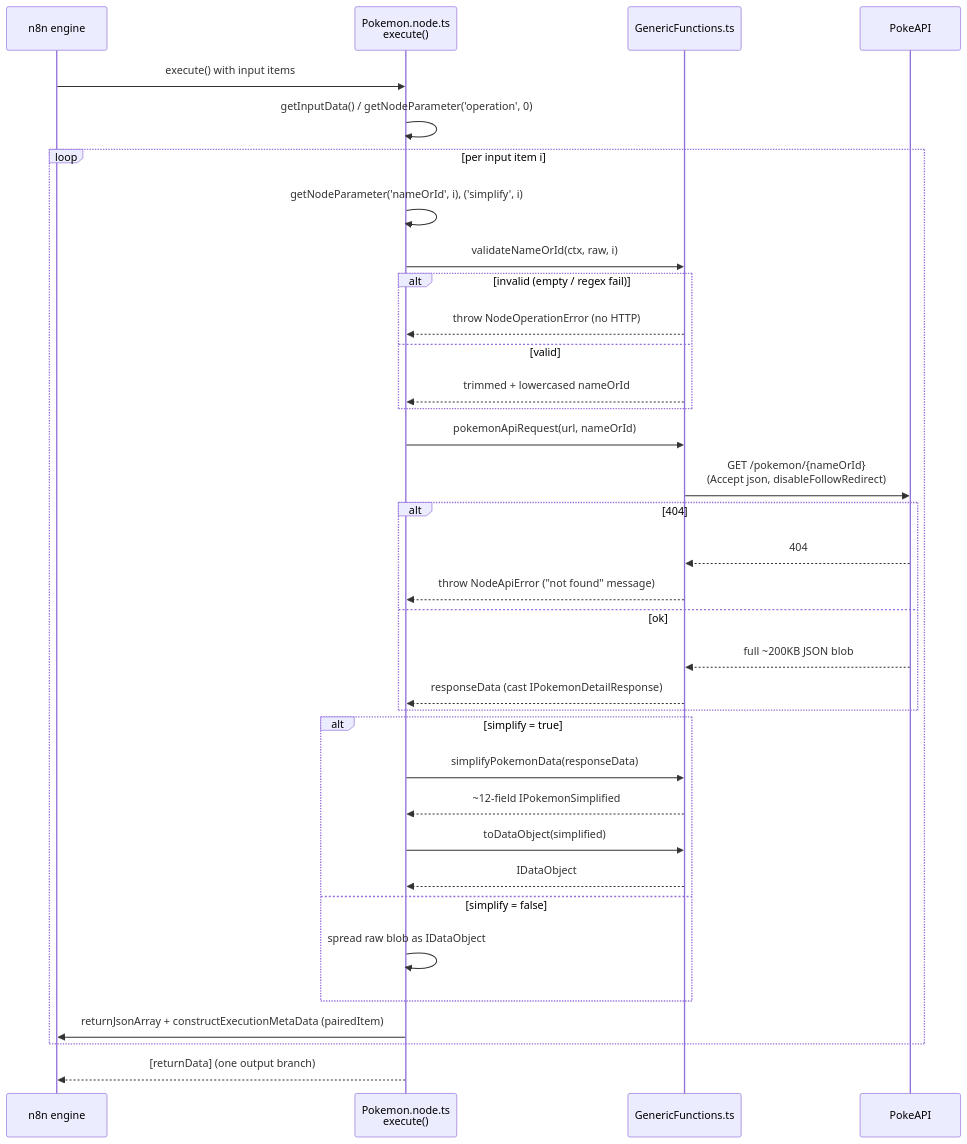
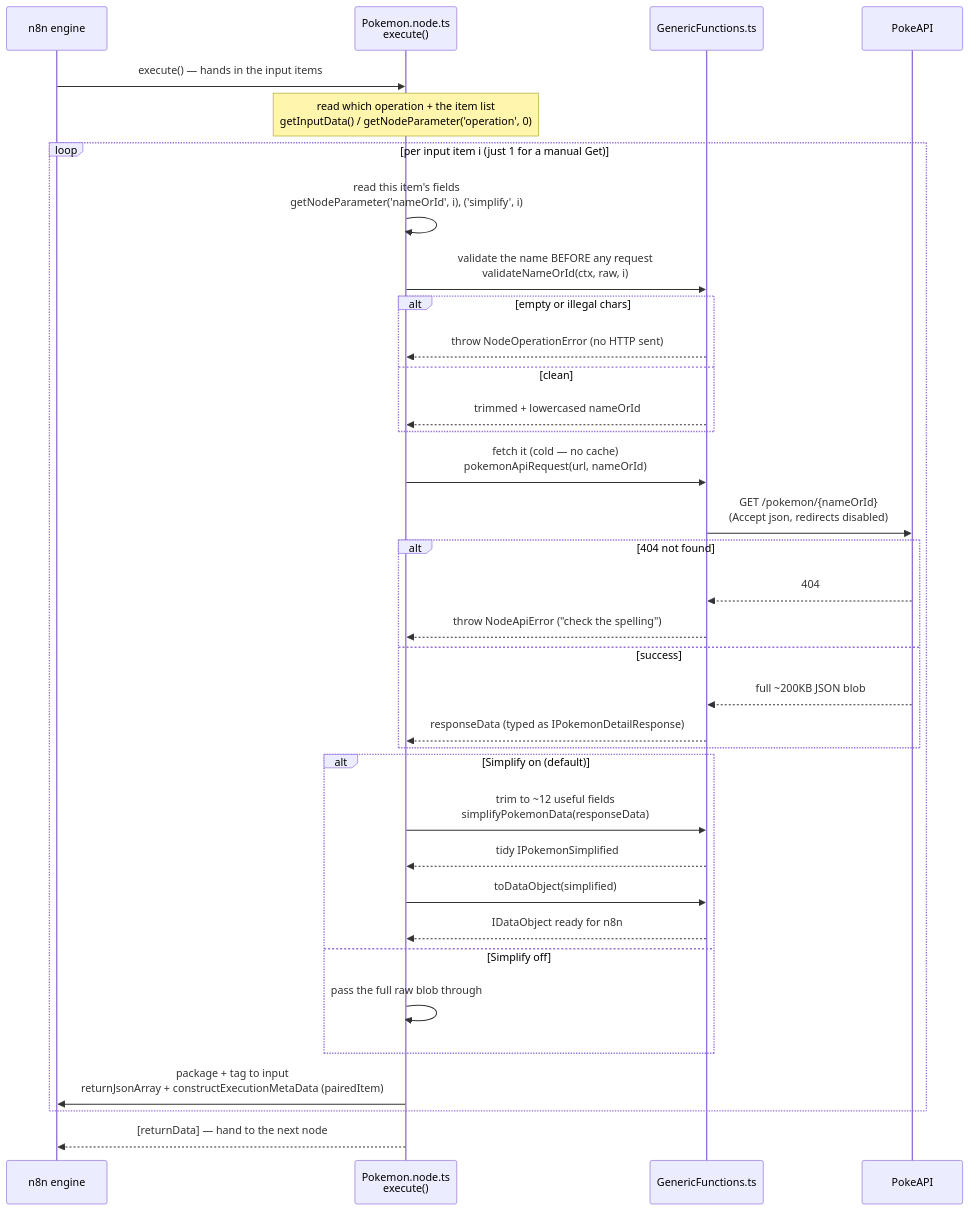
One commit to colabug/n8n changed the seventh of 8 diagrams in docs/CODING-DEBRIEF.md. Above: the diagram before and after it, drawn with Mermaid. The commit also changed other lines of this file, not shown here.

First line of the commit message:
docs: make Get diagrams human-readable, fix the "looping" framing, flag no-cache

````diff
--- a/docs/CODING-DEBRIEF.md
+++ b/docs/CODING-DEBRIEF.md
@@ -269,38 +297,38 @@
 ```mermaid
 sequenceDiagram
     participant n8n as n8n engine
     participant Node as Pokemon.node.ts<br/>execute()
     participant GF as GenericFunctions.ts
     participant API as PokeAPI
 
-    n8n->>Node: execute() with input items
-    Node->>Node: getInputData() / getNodeParameter('operation', 0)
-    loop per input item i
-        Node->>Node: getNodeParameter('nameOrId', i), ('simplify', i)
-        Node->>GF: validateNameOrId(ctx, raw, i)
-        alt invalid (empty / regex fail)
-            GF-->>Node: throw NodeOperationError (no HTTP)
-        else valid
+    n8n->>Node: execute() — hands in the input items
+    Note over Node: read which operation + the item list<br/>getInputData() / getNodeParameter('operation', 0)
+    loop per input item i (just 1 for a manual Get)
+        Node->>Node: read this item's fields<br/>getNodeParameter('nameOrId', i), ('simplify', i)
+        Node->>GF: validate the name BEFORE any request<br/>validateNameOrId(ctx, raw, i)
+        alt empty or illegal chars
+            GF-->>Node: throw NodeOperationError (no HTTP sent)
+        else clean
             GF-->>Node: trimmed + lowercased nameOrId
         end
-        Node->>GF: pokemonApiRequest(url, nameOrId)
-        GF->>API: GET /pokemon/{nameOrId}<br/>(Accept json, disableFollowRedirect)
-        alt 404
+        Node->>GF: fetch it (cold — no cache)<br/>pokemonApiRequest(url, nameOrId)
+        GF->>API: GET /pokemon/{nameOrId}<br/>(Accept json, redirects disabled)
+        alt 404 not found
             API-->>GF: 404
-            GF-->>Node: throw NodeApiError ("not found" message)
-        else ok
+            GF-->>Node: throw NodeApiError ("check the spelling")
+        else success
             API-->>GF: full ~200KB JSON blob
-            GF-->>Node: responseData (cast IPokemonDetailResponse)
+            GF-->>Node: responseData (typed as IPokemonDetailResponse)
         end
-        alt simplify = true
-            Node->>GF: simplifyPokemonData(responseData)
-            GF-->>Node: ~12-field IPokemonSimplified
+        alt Simplify on (default)
+            Node->>GF: trim to ~12 useful fields<br/>simplifyPokemonData(responseData)
+            GF-->>Node: tidy IPokemonSimplified
             Node->>GF: toDataObject(simplified)
-            GF-->>Node: IDataObject
-        else simplify = false
-            Node->>Node: spread raw blob as IDataObject
+            GF-->>Node: IDataObject ready for n8n
+        else Simplify off
+            Node->>Node: pass the full raw blob through
         end
-        Node->>n8n: returnJsonArray + constructExecutionMetaData (pairedItem)
+        Node->>n8n: package + tag to input<br/>returnJsonArray + constructExecutionMetaData (pairedItem)
     end
-    Node-->>n8n: [returnData] (one output branch)
+    Node-->>n8n: [returnData] — hand to the next node
 ```
````
